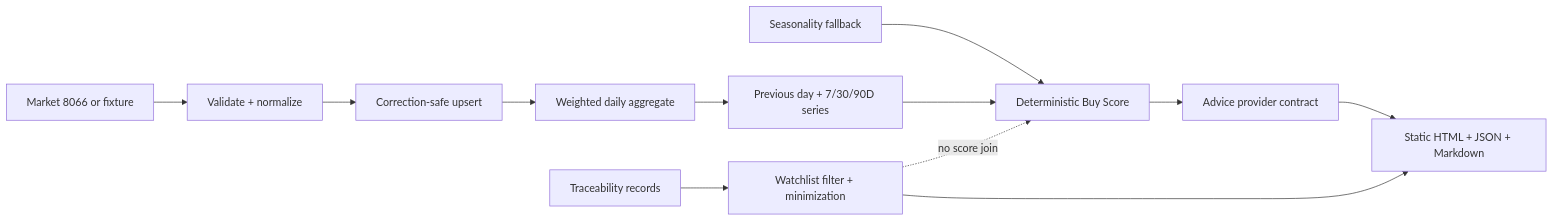
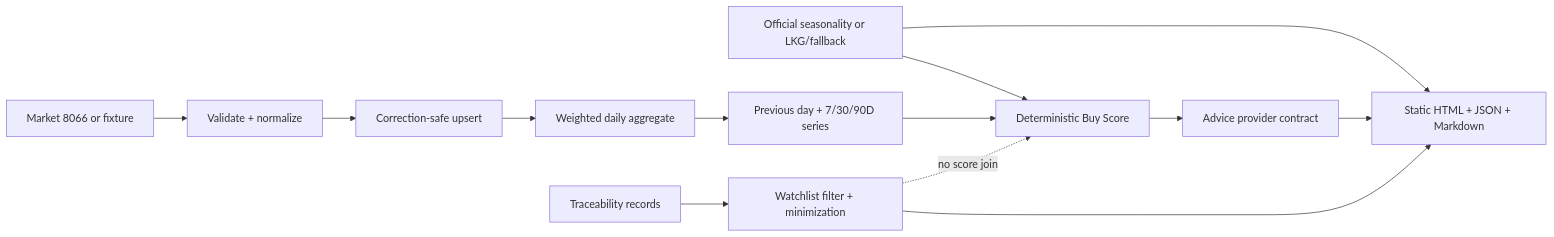
One commit to trionnemesis/tw-agri-copilot changed the diagram in README.md. Above: the diagram before and after it, drawn with Mermaid. The commit also changed other lines of this file and 43 other files, not shown here.

````diff
--- a/README.md
+++ b/README.md
@@ -34,14 +35,15 @@
 ```mermaid
 flowchart LR
   M[Market 8066 or fixture] --> N[Validate + normalize]
   N --> U[Correction-safe upsert]
   U --> A[Weighted daily aggregate]
   A --> S[Previous day + 7/30/90D series]
-  F[Seasonality fallback] --> B[Deterministic Buy Score]
+  F[Official seasonality or LKG/fallback] --> B[Deterministic Buy Score]
+  F --> H
   S --> B
   B --> D[Advice provider contract]
   D --> H[Static HTML + JSON + Markdown]
   T[Traceability records] --> X[Watchlist filter + minimization]
   X --> H
   X -. no score join .-> B
 ```
````
